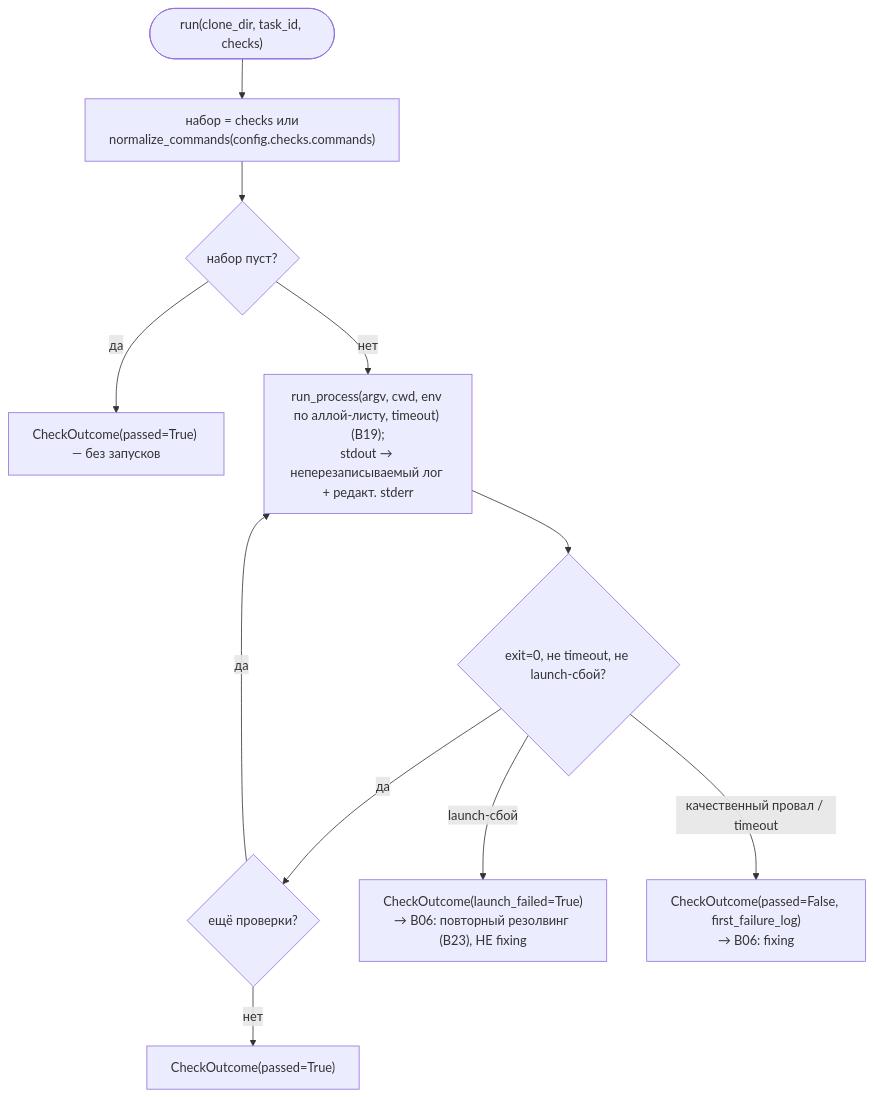
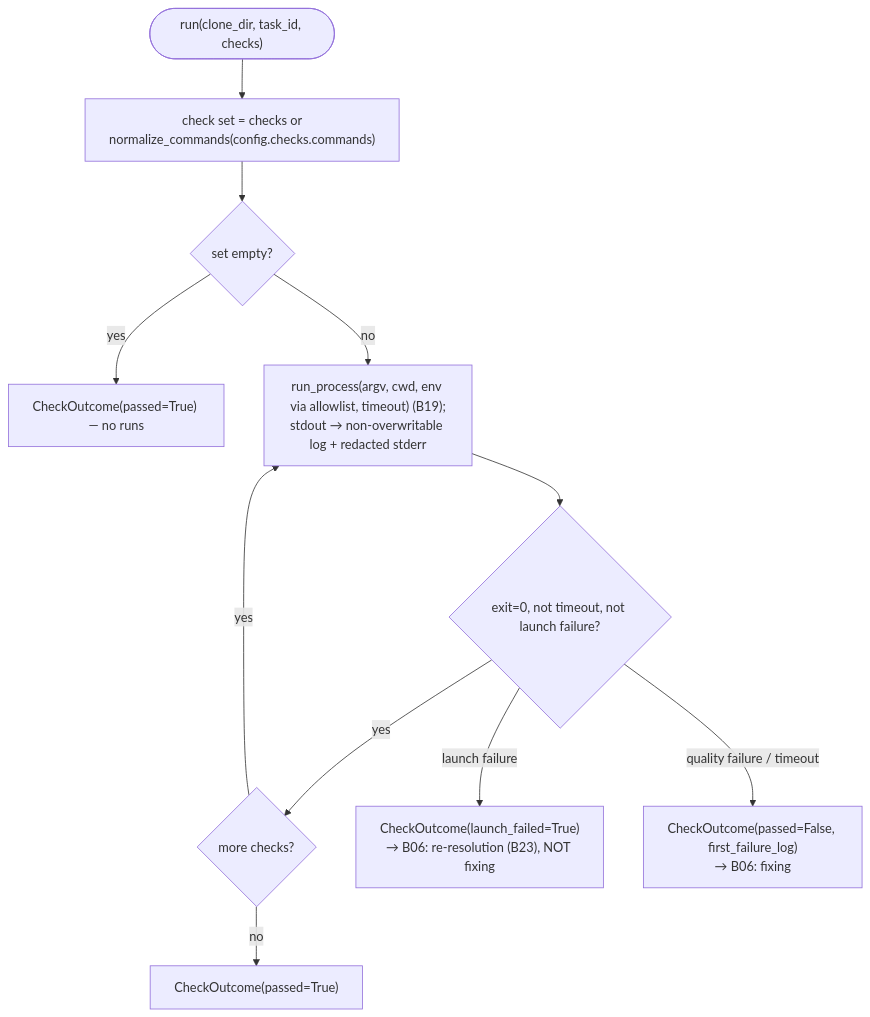
The diagram in docs/functional/blocks/B24-check-execution.md (VladimirMakarevich/wastech-orchestrator), drawn with Mermaid before and after one commit. The commit also changed other lines of this file and 41 other files, not shown here.

Commit message:
docs: translate system flows documentation from Russian to English, ensuring clarity and consistency in terminology. Update sequence diagrams and flowcharts to reflect the changes in language. Maintain the structure and references to blocks for ease of navigation.

````diff
--- a/docs/functional/blocks/B24-check-execution.md
+++ b/docs/functional/blocks/B24-check-execution.md
@@ -48,13 +48,13 @@
 ```mermaid
 flowchart TB
-    start(["run(clone_dir, task_id, checks)"]) --> set["набор = checks или<br/>normalize_commands(config.checks.commands)"]
-    set --> empty{"набор пуст?"}
-    empty -->|да| passall["CheckOutcome(passed=True) — без запусков"]
-    empty -->|нет| run["run_process(argv, cwd, env по аллой-листу, timeout) (B19);<br/>stdout → неперезаписываемый лог + редакт. stderr"]
-    run --> ok{"exit=0, не timeout, не launch-сбой?"}
-    ok -->|да| next{"ещё проверки?"}
-    next -->|да| run
-    next -->|нет| passall2["CheckOutcome(passed=True)"]
-    ok -->|"launch-сбой"| lf["CheckOutcome(launch_failed=True)<br/>→ B06: повторный резолвинг (B23), НЕ fixing"]
-    ok -->|"качественный провал / timeout"| qf["CheckOutcome(passed=False, first_failure_log)<br/>→ B06: fixing"]
+    start(["run(clone_dir, task_id, checks)"]) --> set["check set = checks or<br/>normalize_commands(config.checks.commands)"]
+    set --> empty{"set empty?"}
+    empty -->|yes| passall["CheckOutcome(passed=True) — no runs"]
+    empty -->|no| run["run_process(argv, cwd, env via allowlist, timeout) (B19);<br/>stdout → non-overwritable log + redacted stderr"]
+    run --> ok{"exit=0, not timeout, not launch failure?"}
+    ok -->|yes| next{"more checks?"}
+    next -->|yes| run
+    next -->|no| passall2["CheckOutcome(passed=True)"]
+    ok -->|"launch failure"| lf["CheckOutcome(launch_failed=True)<br/>→ B06: re-resolution (B23), NOT fixing"]
+    ok -->|"quality failure / timeout"| qf["CheckOutcome(passed=False, first_failure_log)<br/>→ B06: fixing"]
 ```
````
